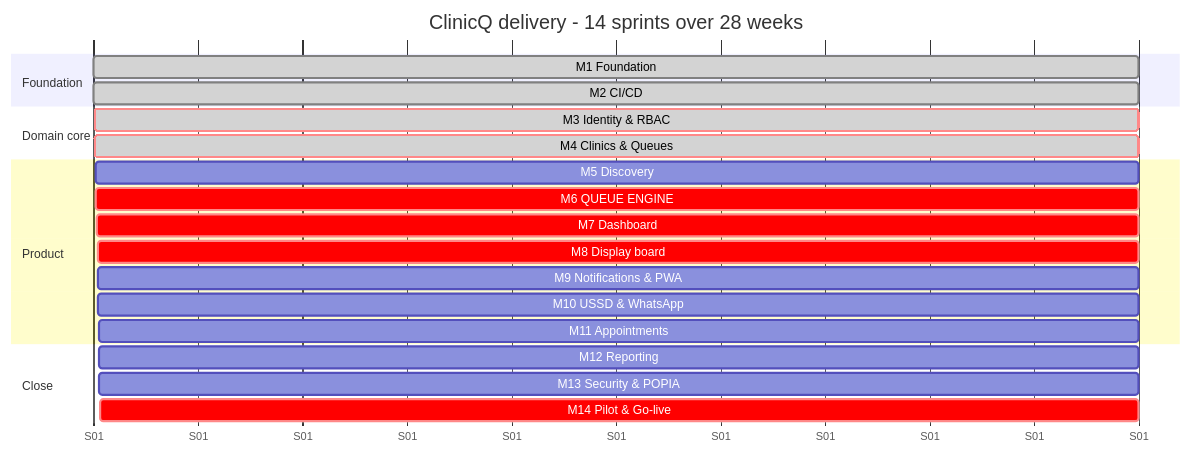
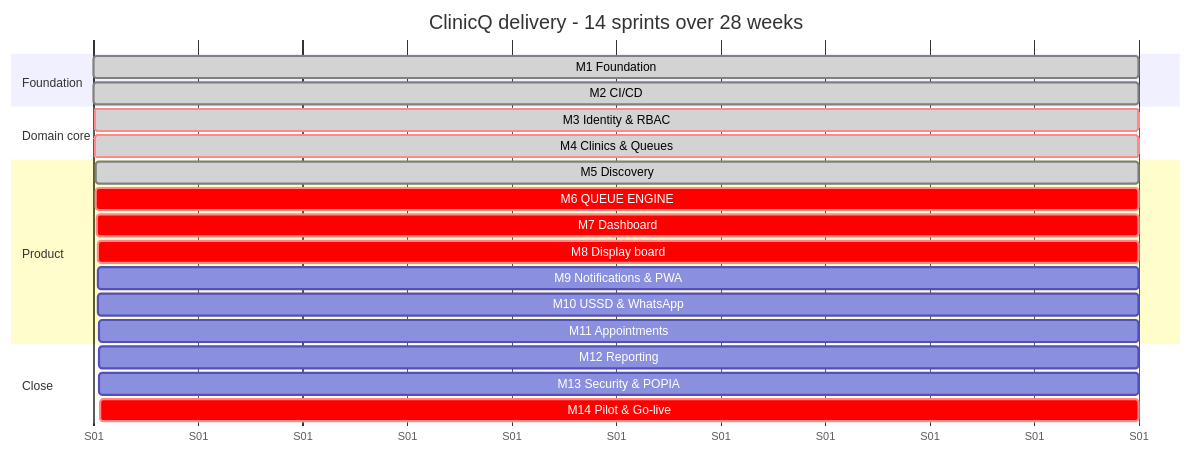
Before and after one commit to Billykat7/clinicQ: the second of 2 diagrams in docs/PLAN/IMPLEMENTATION_PLAN.md, drawn with Mermaid. The commit also changed 3 other files, not shown here.

````diff
--- a/docs/PLAN/IMPLEMENTATION_PLAN.md
+++ b/docs/PLAN/IMPLEMENTATION_PLAN.md
@@ -76,24 +76,24 @@
 ```mermaid
 gantt
     title ClinicQ delivery - 14 sprints over 28 weeks
     dateFormat X
     axisFormat S%d
     section Foundation
     M1 Foundation            :done,   m1, 0, 2
     M2 CI/CD                 :done,   m2, 1, 2
     section Domain core
     M3 Identity & RBAC       :crit, done, m3, 2, 2
     M4 Clinics & Queues      :crit, done, m4, 3, 2
     section Product
-    M5 Discovery             :        m5, 4, 2
+    M5 Discovery             :done,   m5, 4, 2
     M6 QUEUE ENGINE          :crit,   m6, 5, 2
     M7 Dashboard             :crit,   m7, 7, 2
     M8 Display board         :crit,   m8, 8, 2
     M9 Notifications & PWA   :        m9, 8, 2
     M10 USSD & WhatsApp      :        m10, 9, 2
     M11 Appointments         :        m11, 10, 2
     section Close
     M12 Reporting            :        m12, 11, 2
     M13 Security & POPIA     :        m13, 11, 2
     M14 Pilot & Go-live      :crit,   m14, 12, 2
 ```
````
